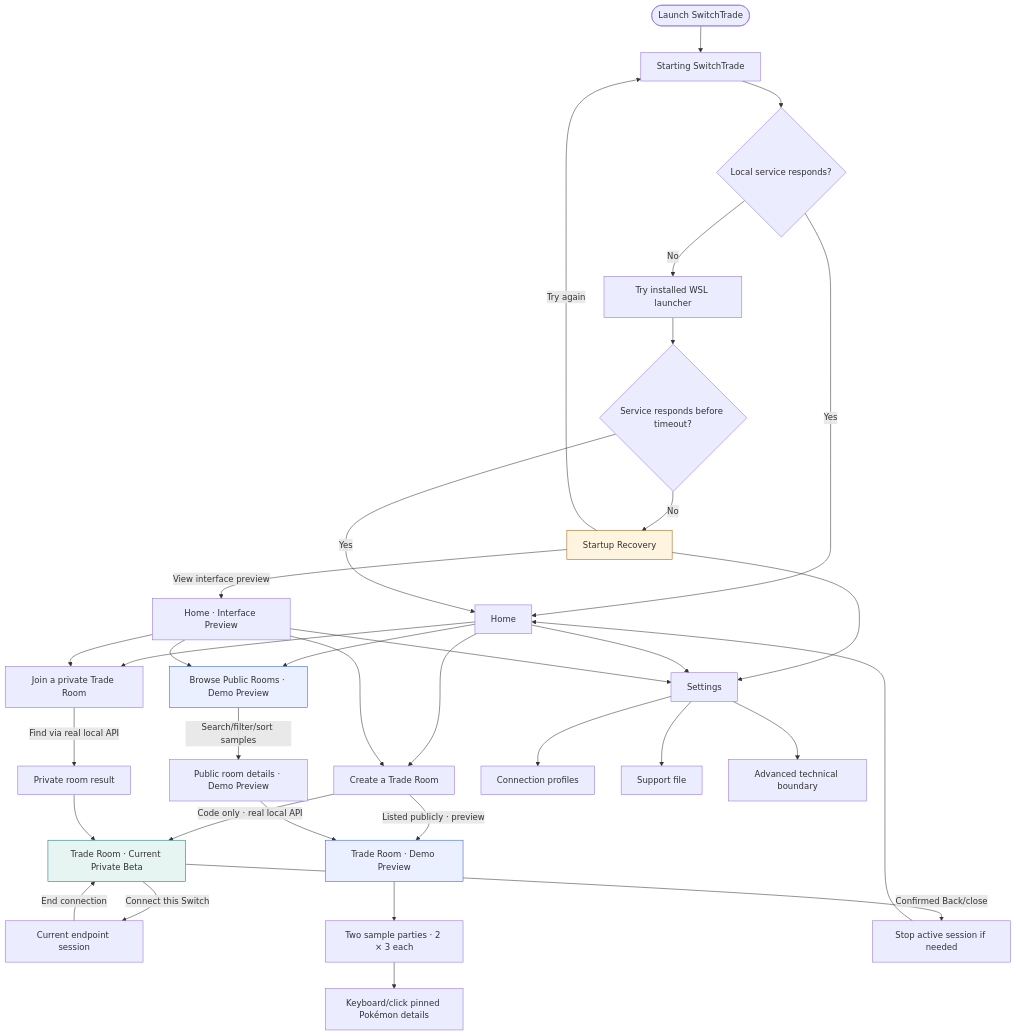
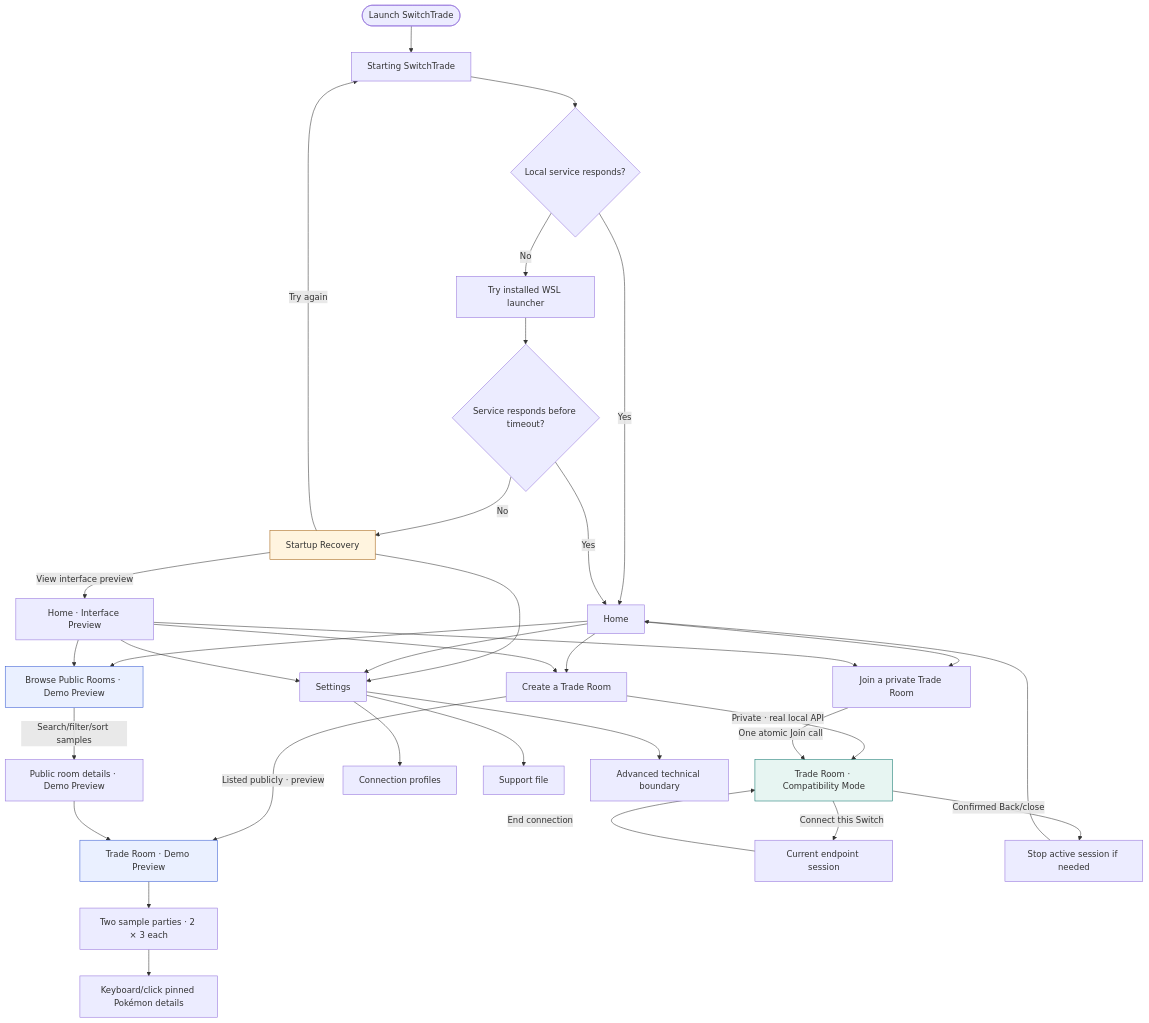
One commit to mwl313/mwl-SwitchTrade changed the first of 2 diagrams in docs/54-native-ui-flow-and-runtime-structure-20260825.md. Above: the diagram before and after it, drawn with Mermaid. The commit also changed other lines of this file and 63 other files, not shown here.

````diff
--- a/docs/54-native-ui-flow-and-runtime-structure-20260825.md
+++ b/docs/54-native-ui-flow-and-runtime-structure-20260825.md
@@ -14,47 +14,46 @@
 ```mermaid
 flowchart TD
     launch([Launch SwitchTrade]) --> startup[Starting SwitchTrade]
     startup --> check{Local service responds?}
     check -->|Yes| home[Home]
     check -->|No| launcher[Try installed WSL launcher]
     launcher --> retry{Service responds before timeout?}
     retry -->|Yes| home
     retry -->|No| recovery[Startup Recovery]
 
     recovery -->|Try again| startup
     recovery --> settings[Settings]
     recovery -->|View interface preview| previewHome[Home · Interface Preview]
 
     home --> create[Create a Trade Room]
     home --> privateJoin[Join a private Trade Room]
     home --> publicRooms[Browse Public Rooms · Demo Preview]
     home --> settings
     previewHome --> create
     previewHome --> privateJoin
     previewHome --> publicRooms
     previewHome --> settings
 
-    create -->|Code only · real local API| realRoom[Trade Room · Current Private Beta]
+    create -->|Private · real local API| realRoom[Trade Room · Compatibility Mode]
     create -->|Listed publicly · preview| demoRoom[Trade Room · Demo Preview]
-    privateJoin -->|Find via real local API| roomPreview[Private room result]
-    roomPreview --> realRoom
+    privateJoin -->|One atomic Join call| realRoom
     publicRooms -->|Search/filter/sort samples| publicPreview[Public room details · Demo Preview]
     publicPreview --> demoRoom
 
     realRoom -->|Connect this Switch| active[Current endpoint session]
     active -->|End connection| realRoom
     demoRoom --> party[Two sample parties · 2 × 3 each]
     party --> details[Keyboard/click pinned Pokémon details]
 
     settings --> connection[Connection profiles]
     settings --> support[Support file]
     settings --> advanced[Advanced technical boundary]
 
     realRoom -->|Confirmed Back/close| stop[Stop active session if needed]
     stop --> home
 
     style publicRooms fill:#EAF0FF,stroke:#375BD2
     style demoRoom fill:#EAF0FF,stroke:#375BD2
     style realRoom fill:#E7F5F2,stroke:#0F766E
     style recovery fill:#FFF4DF,stroke:#A45F0B
 ```
````
